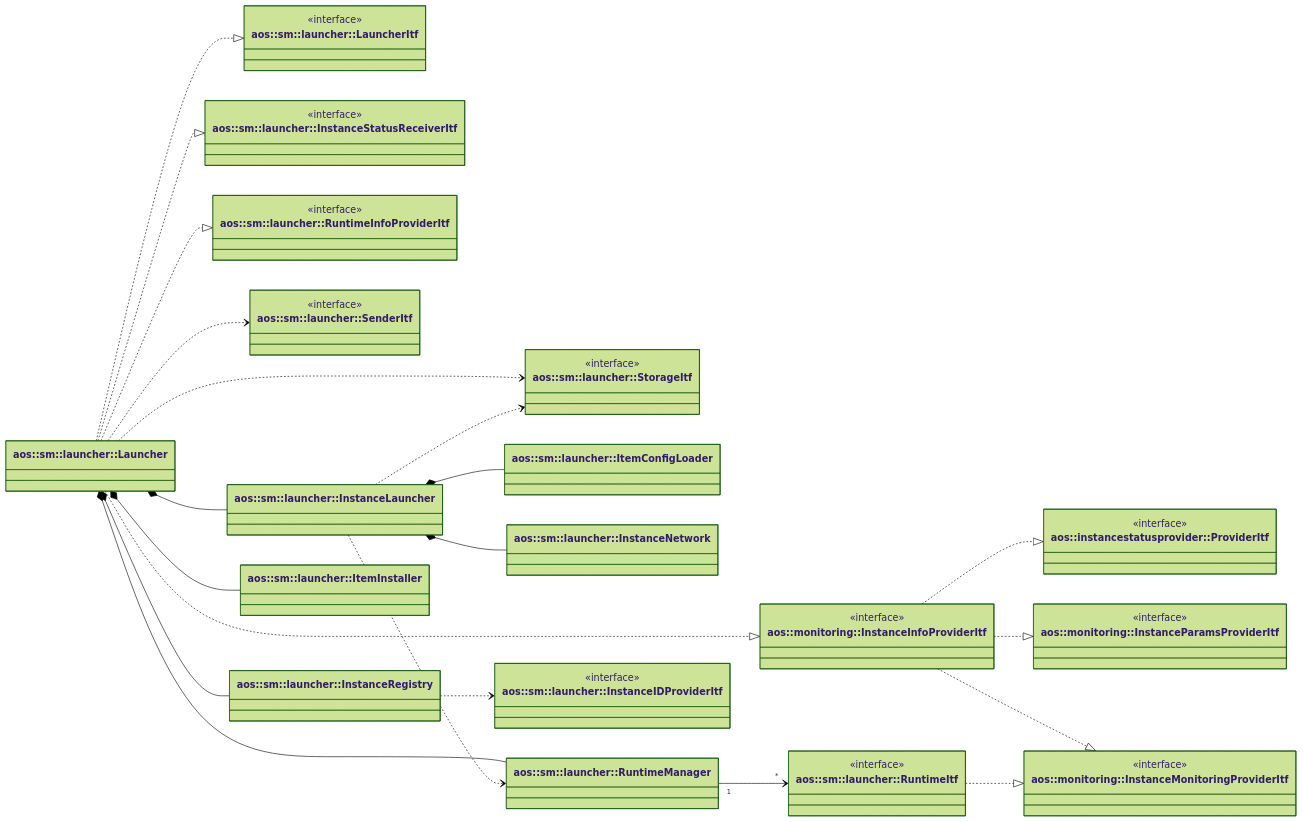
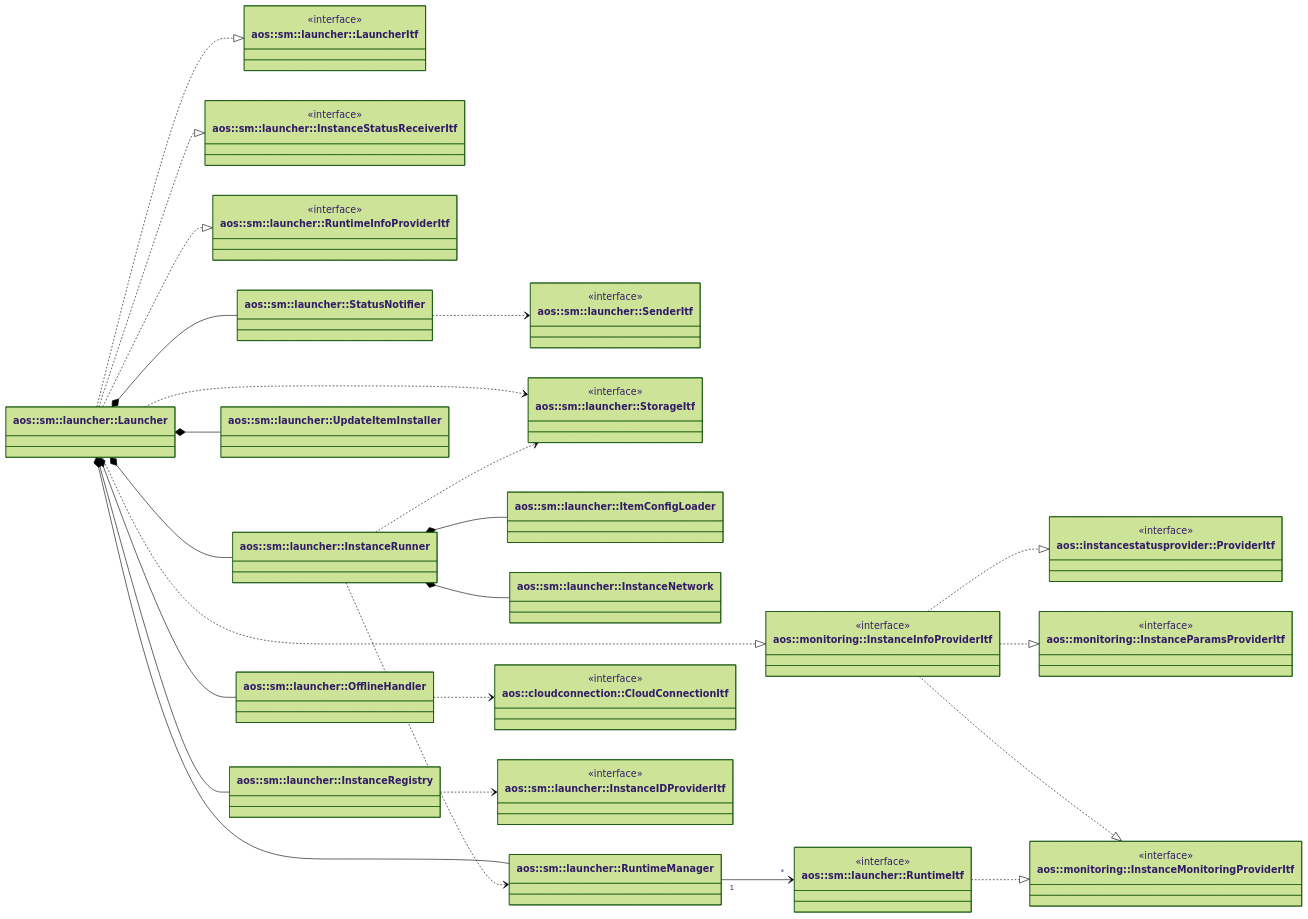
The first of 3 diagrams in src/core/sm/launcher/launcher.md (aosedge/aos_core_lib_cpp), drawn with Mermaid (forest theme) before and after one commit. The commit also changed other lines of this file and 16 other files, not shown here.

````diff
--- a/src/core/sm/launcher/launcher.md
+++ b/src/core/sm/launcher/launcher.md
@@ -91,7 +91,7 @@
     class InstanceRegistry ["aos::sm::launcher::InstanceRegistry"] {
     }
 
-    class InstanceLauncher ["aos::sm::launcher::InstanceLauncher"] {
+    class InstanceRunner ["aos::sm::launcher::InstanceRunner"] {
     }
 
     class ItemConfigLoader ["aos::sm::launcher::ItemConfigLoader"] {
@@ -100,10 +100,20 @@
     class InstanceNetwork ["aos::sm::launcher::InstanceNetwork"] {
     }
 
-    class ItemInstaller ["aos::sm::launcher::ItemInstaller"] {
+    class UpdateItemInstaller ["aos::sm::launcher::UpdateItemInstaller"] {
     }
 
     class RuntimeManager ["aos::sm::launcher::RuntimeManager"] {
+    }
+
+    class OfflineHandler ["aos::sm::launcher::OfflineHandler"] {
+    }
+
+    class StatusNotifier ["aos::sm::launcher::StatusNotifier"] {
+    }
+
+    class CloudConnectionItf ["aos::cloudconnection::CloudConnectionItf"] {
+        <<interface>>
     }
 
     class InstanceIDProviderItf ["aos::sm::launcher::InstanceIDProviderItf"] {
@@ -121,14 +131,17 @@
 
     Launcher *-- RuntimeManager
     RuntimeManager "1" --> "*" RuntimeItf
-    Launcher ..> SenderItf
     Launcher ..> StorageItf
     Launcher *-- InstanceRegistry
-    Launcher *-- InstanceLauncher
-    Launcher *-- ItemInstaller
-    InstanceLauncher *-- ItemConfigLoader
-    InstanceLauncher *-- InstanceNetwork
-    InstanceLauncher ..> RuntimeManager
-    InstanceLauncher ..> StorageItf
+    Launcher *-- InstanceRunner
+    Launcher *-- UpdateItemInstaller
+    Launcher *-- OfflineHandler
+    Launcher *-- StatusNotifier
+    InstanceRunner *-- ItemConfigLoader
+    InstanceRunner *-- InstanceNetwork
+    InstanceRunner ..> RuntimeManager
+    InstanceRunner ..> StorageItf
     InstanceRegistry ..> InstanceIDProviderItf
+    OfflineHandler ..> CloudConnectionItf
+    StatusNotifier ..> SenderItf
 ```
````
